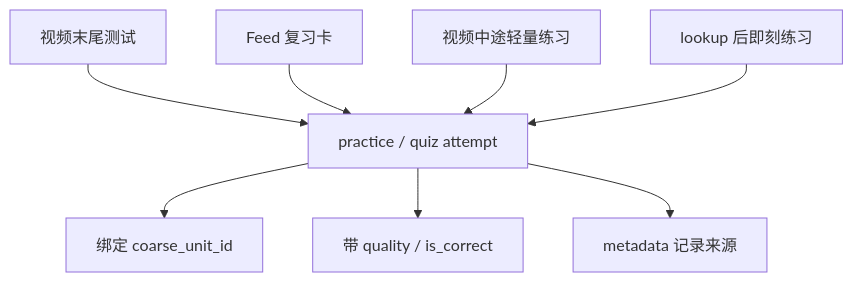
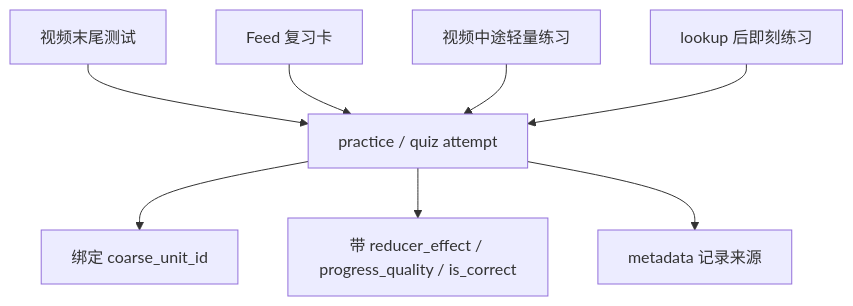
Diagram 12 of 13 in docs/学习互动信号语义设计.md (bionicotaku/learning-video-recommendation-system), drawn with Mermaid before and after one commit. The commit also changed other lines of this file and 60 other files, not shown here.

````diff
--- a/docs/学习互动信号语义设计.md
+++ b/docs/学习互动信号语义设计.md
@@ -922,11 +926,11 @@
 ```mermaid
 flowchart TD
     A["视频末尾测试"] --> Q["practice / quiz attempt"]
     B["Feed 复习卡"] --> Q
     C["视频中途轻量练习"] --> Q
     D["lookup 后即刻练习"] --> Q
 
     Q --> E["绑定 coarse_unit_id"]
-    Q --> F["带 quality / is_correct"]
+    Q --> F["带 reducer_effect / progress_quality / is_correct"]
     Q --> G["metadata 记录来源"]
 ```
````
